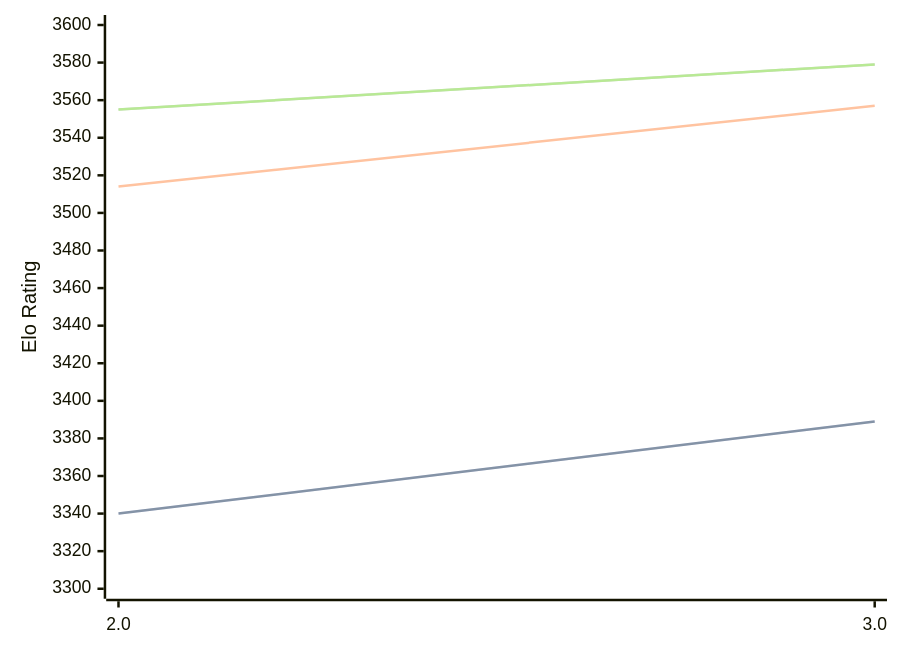
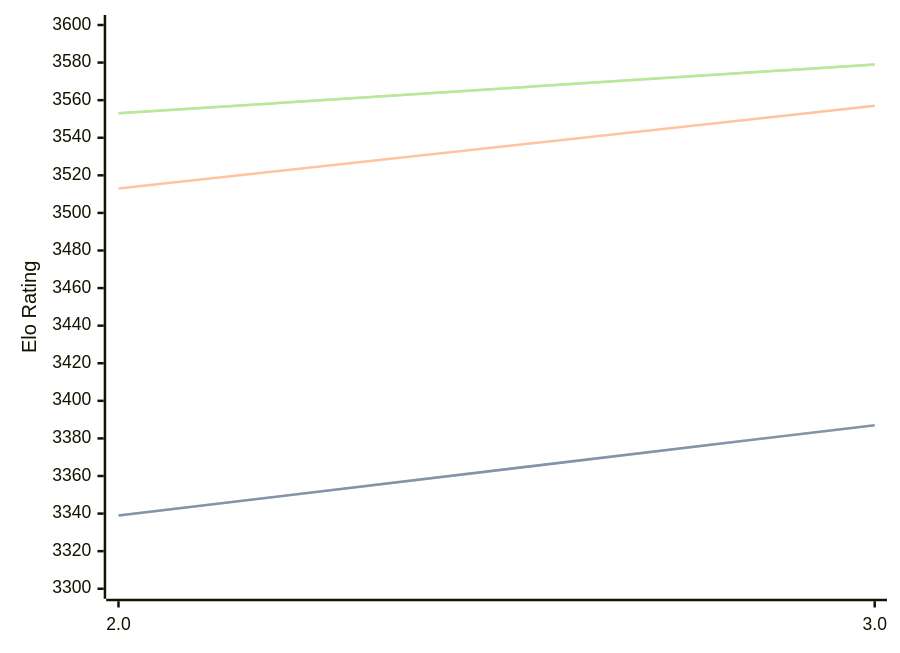
The diagram in engines/Quanticade.md (computer-chess-index/cci), drawn with Mermaid before and after one commit. The commit also changed other lines of this file, not shown here.

Commit message:
Update CCI Ratings (ELO VLTC) - 2026-03-04

````diff
--- a/engines/Quanticade.md
+++ b/engines/Quanticade.md
@@ -39,11 +39,11 @@
 ```mermaid
 %%{init: {"theme":"base","themeVariables":{"seriesColors:['#a3a3a3','#222221','#faa371']}}}%%
 xychart-beta
   x-axis ["2.0", "3.0"]
   y-axis "Elo Rating" 3300 --> 3600
-  line "STC (8.0+0.08s)" [3340, 3389]
-  line "STC (8.0+0.08s)" [3340, 3389]
-  line "LTC (60.0+0.60s)" [3514, 3557]
-  line "VLTC (2m24s+1.12s)" [3555, 3579]
-  line "VLTC (2m24s+1.12s)" [3555, 3579]
+  line "STC (8.0+0.08s)" [3339, 3387]
+  line "STC (8.0+0.08s)" [3339, 3387]
+  line "LTC (60.0+0.60s)" [3513, 3557]
+  line "VLTC (2m24s+1.12s)" [3553, 3579]
+  line "VLTC (2m24s+1.12s)" [3553, 3579]
 ```
````
